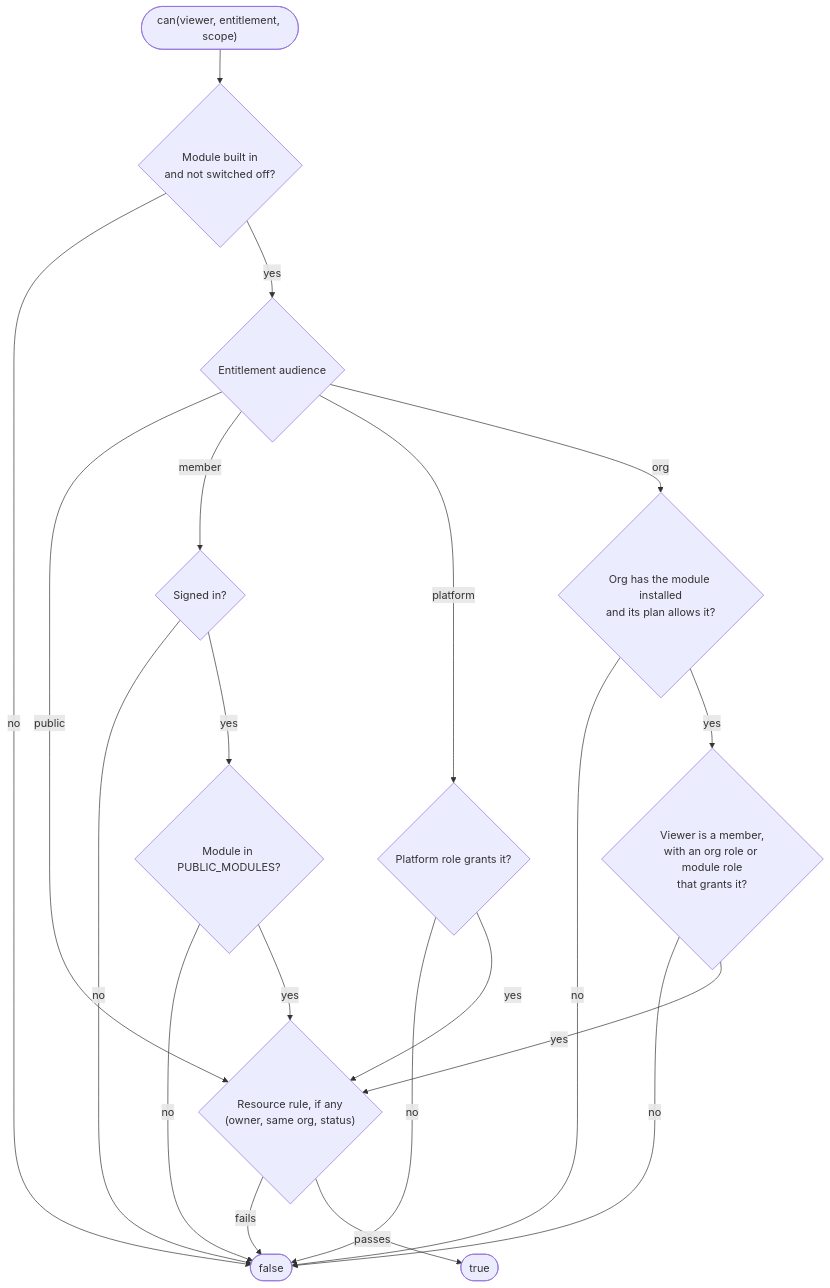
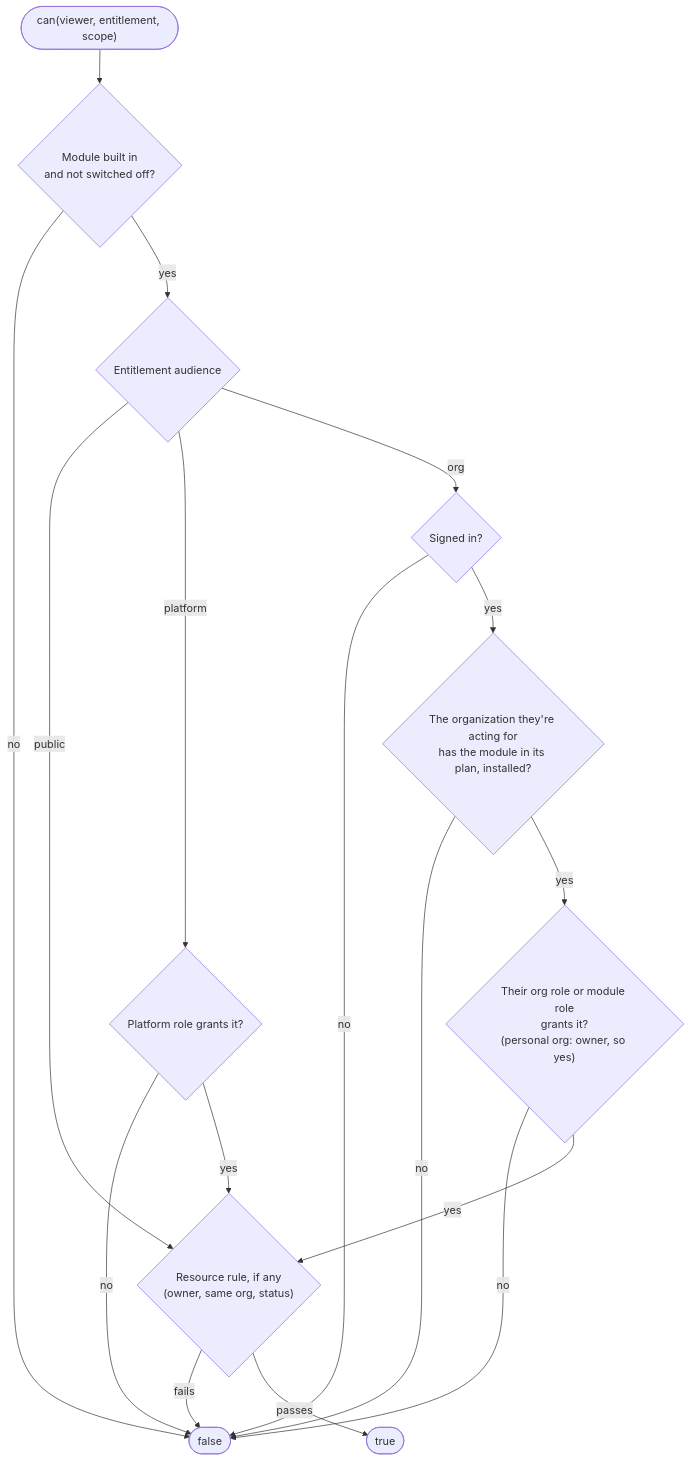
One commit to riechert-arthur/pokefindr changed the sixth of 9 diagrams in docs/architecture.md. Above: the diagram before and after it, drawn with Mermaid. The commit also changed other lines of this file, not shown here.

First line of the commit message:
Architecture: organizations can be anyone; plans bundle modules

````diff
--- a/docs/architecture.md
+++ b/docs/architecture.md
@@ -394,22 +396,19 @@
 ```mermaid
 flowchart TD
   start(["can(viewer, entitlement, scope)"]) --> built{"Module built in<br/>and not switched off?"}
   built -- no --> deny([false])
   built -- yes --> aud{"Entitlement audience"}
   aud -- public --> res
-  aud -- member --> signed{"Signed in?"}
-  signed -- no --> deny
-  signed -- yes --> pub{"Module in PUBLIC_MODULES?"}
-  pub -- no --> deny
-  pub -- yes --> res
   aud -- platform --> prole{"Platform role grants it?"}
   prole -- no --> deny
   prole -- yes --> res
-  aud -- org --> inst{"Org has the module installed<br/>and its plan allows it?"}
+  aud -- org --> signed{"Signed in?"}
+  signed -- no --> deny
+  signed -- yes --> inst{"The organization they're acting for<br/>has the module in its plan, installed?"}
   inst -- no --> deny
-  inst -- yes --> mem{"Viewer is a member,<br/>with an org role or module role<br/>that grants it?"}
+  inst -- yes --> mem{"Their org role or module role<br/>grants it?<br/>(personal org: owner, so yes)"}
   mem -- no --> deny
   mem -- yes --> res
   res{"Resource rule, if any<br/>(owner, same org, status)"} -- fails --> deny
   res -- passes --> allow([true])
 ```
````
